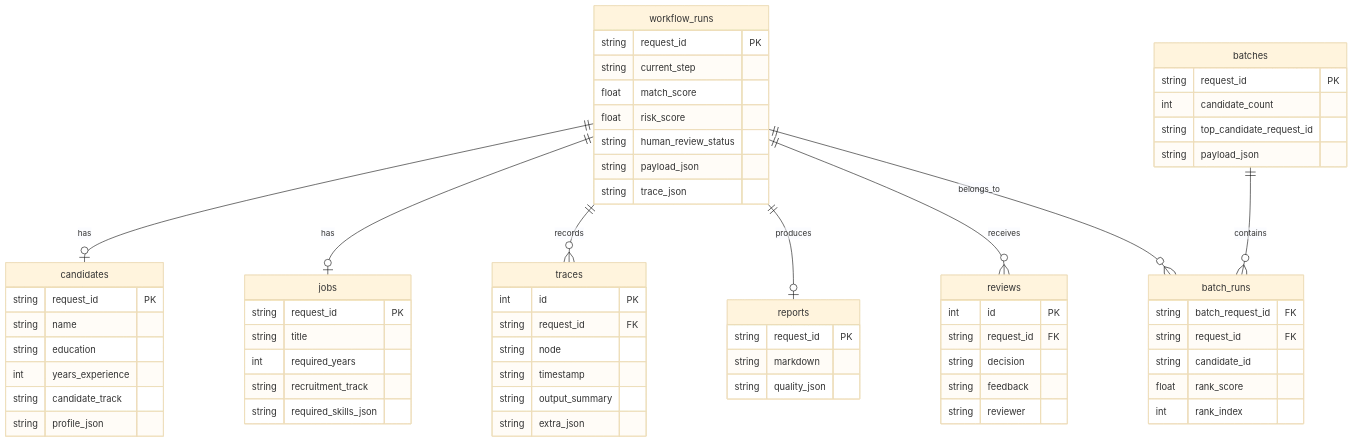
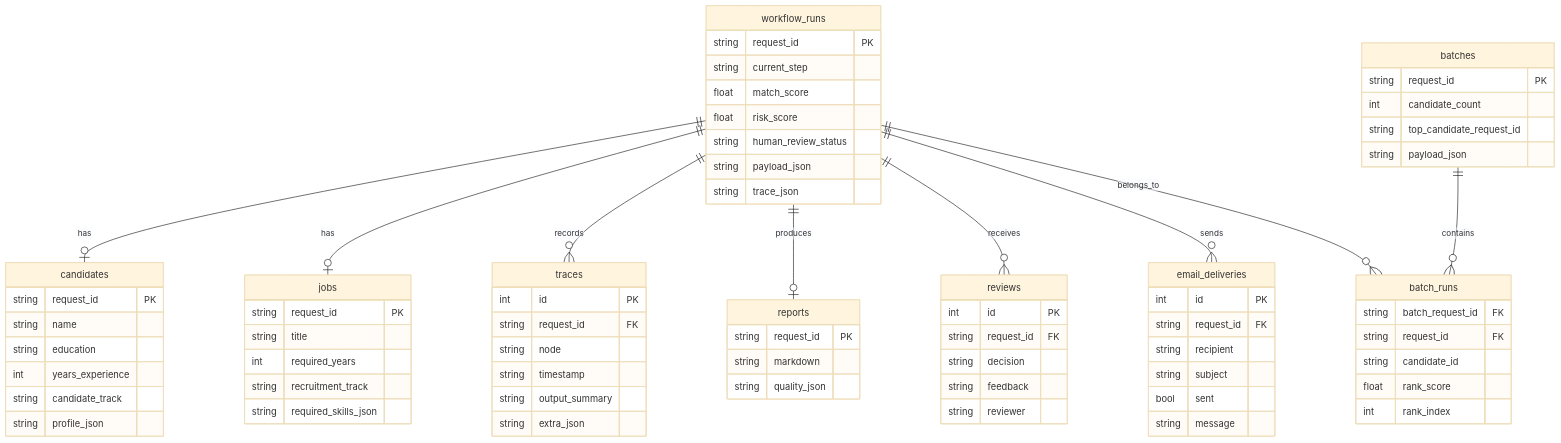
One commit to supeng0916-beep/resume-pilot changed the sixth of 10 diagrams in docs/architecture_diagrams.md. Above: the diagram before and after it, drawn with Mermaid (base theme). The commit also changed 30 other files, not shown here.

Commit message:
Replace Streamlit cabin with React FastAPI flow

```diff
--- a/docs/architecture_diagrams.md
+++ b/docs/architecture_diagrams.md
@@ -174,6 +174,7 @@
     workflow_runs ||--o{ traces : records
     workflow_runs ||--o| reports : produces
     workflow_runs ||--o{ reviews : receives
+    workflow_runs ||--o{ email_deliveries : sends
     batches ||--o{ batch_runs : contains
     workflow_runs ||--o{ batch_runs : belongs_to
 
@@ -227,6 +228,15 @@
         string reviewer
     }
 
+    email_deliveries {
+        int id PK
+        string request_id FK
+        string recipient
+        string subject
+        bool sent
+        string message
+    }
+
     batches {
         string request_id PK
         int candidate_count
```
